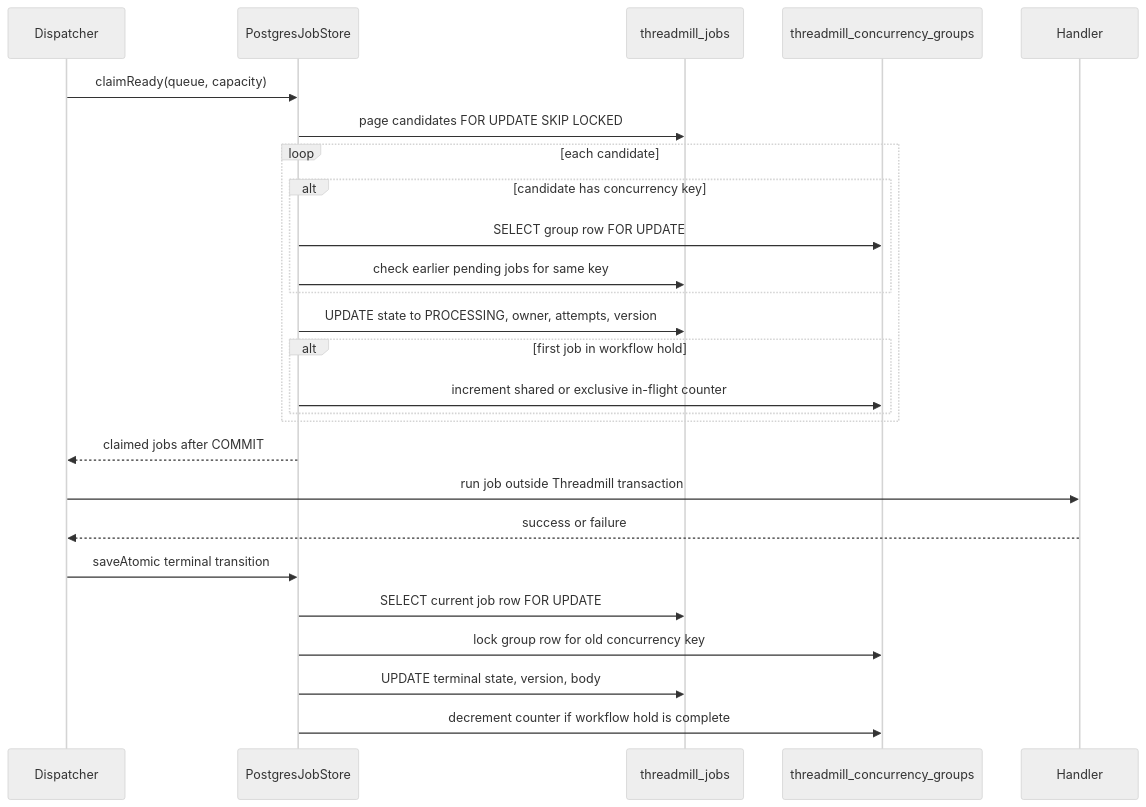
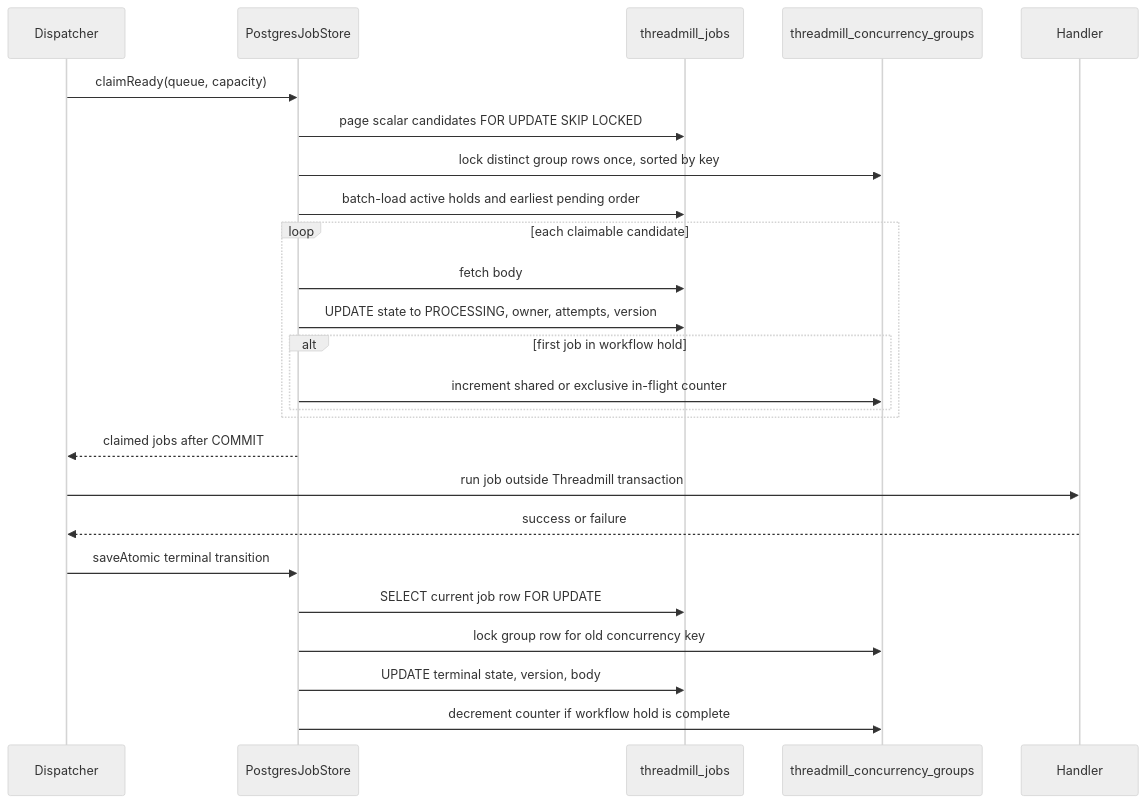
One commit to hemju/threadmill changed the second of 3 diagrams in docs/backend-execution-model.md. Above: the diagram before and after it, drawn with Mermaid (neutral theme). The commit also changed other lines of this file and 20 other files, not shown here.

````diff
--- a/docs/backend-execution-model.md
+++ b/docs/backend-execution-model.md
@@ -76,29 +76,28 @@
 ```mermaid
 sequenceDiagram
     participant D as Dispatcher
     participant PG as PostgresJobStore
     participant J as threadmill_jobs
     participant G as threadmill_concurrency_groups
     participant H as Handler
 
     D->>PG: claimReady(queue, capacity)
-    PG->>J: page candidates FOR UPDATE SKIP LOCKED
-    loop each candidate
-        alt candidate has concurrency key
-            PG->>G: SELECT group row FOR UPDATE
-            PG->>J: check earlier pending jobs for same key
-        end
+    PG->>J: page scalar candidates FOR UPDATE SKIP LOCKED
+    PG->>G: lock distinct group rows once, sorted by key
+    PG->>J: batch-load active holds and earliest pending order
+    loop each claimable candidate
+        PG->>J: fetch body
         PG->>J: UPDATE state to PROCESSING, owner, attempts, version
         alt first job in workflow hold
             PG->>G: increment shared or exclusive in-flight counter
         end
     end
     PG-->>D: claimed jobs after COMMIT
     D->>H: run job outside Threadmill transaction
     H-->>D: success or failure
     D->>PG: saveAtomic terminal transition
     PG->>J: SELECT current job row FOR UPDATE
     PG->>G: lock group row for old concurrency key
     PG->>J: UPDATE terminal state, version, body
     PG->>G: decrement counter if workflow hold is complete
 ```
````
